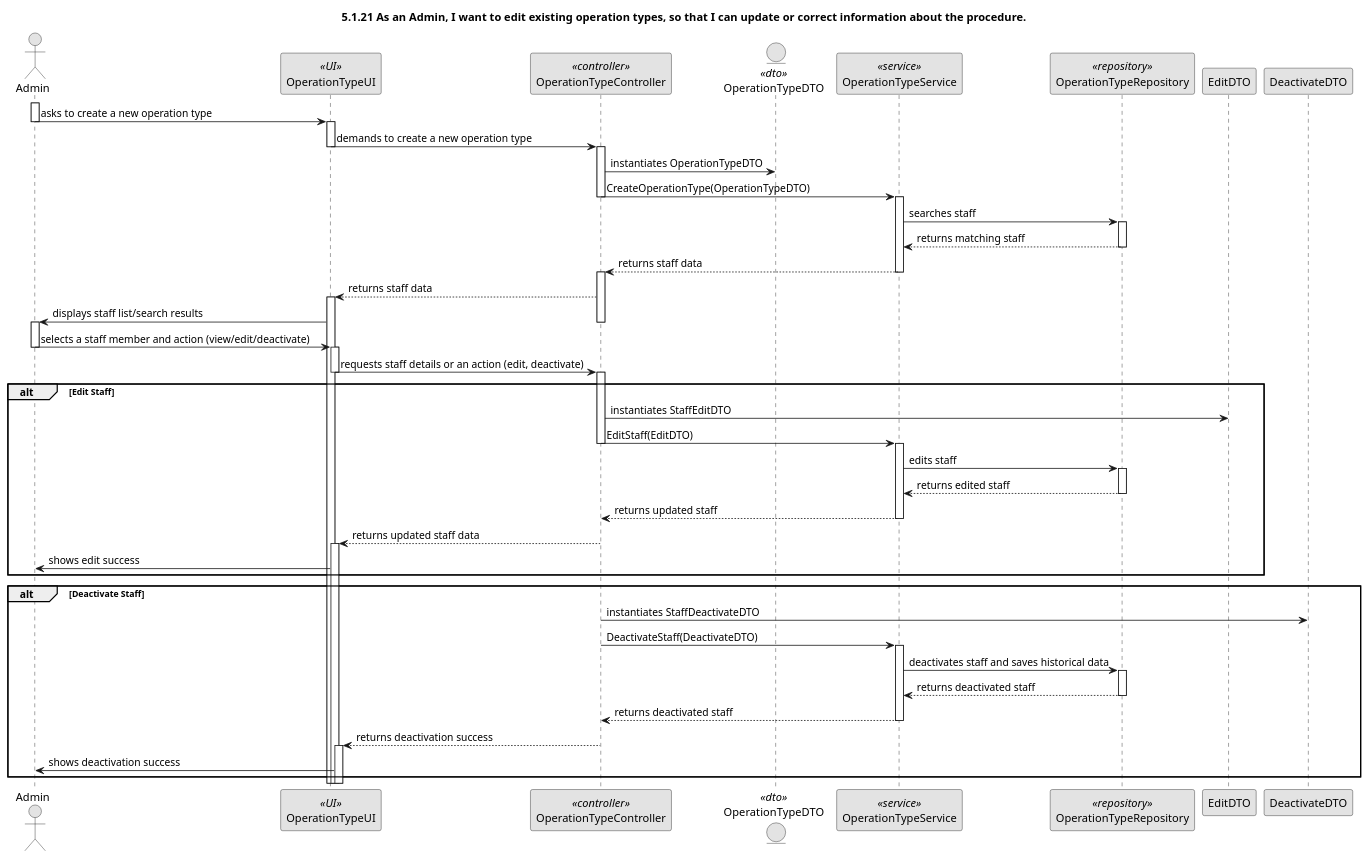
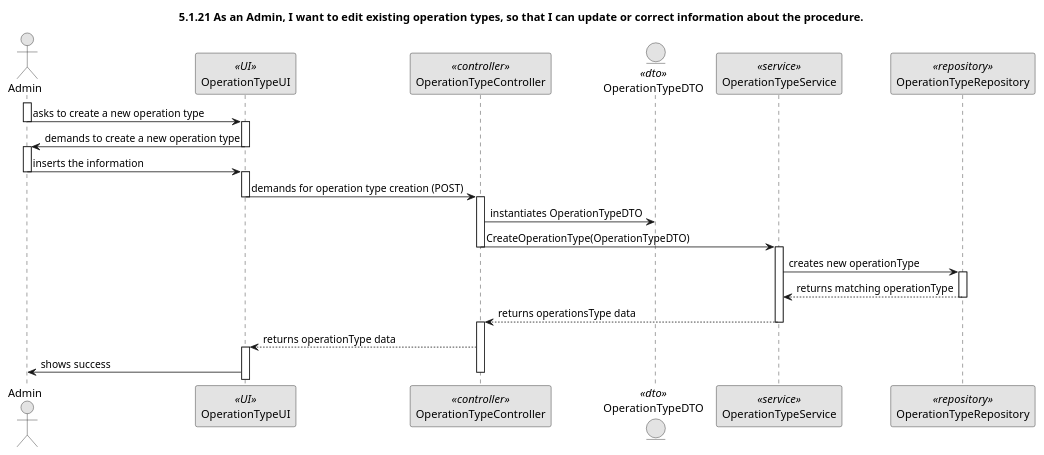
One commit to Educ00/Sem5Pi2425 changed the diagram in Docs/1211846/US5_1_20/us5_1_20_sd.puml. Above: the diagram before and after it, drawn with PlantUML. The commit also changed 18 other files, not shown here.

```diff
--- a/Docs/1211846/US5_1_20/us5_1_20_sd.puml
+++ b/Docs/1211846/US5_1_20/us5_1_20_sd.puml
@@ -1,81 +1,46 @@
 @startuml
 skinparam monochrome true
 skinparam packageStyle rectangle
 skinparam shadowing false
 
 title 5.1.21 As an Admin, I want to edit existing operation types, so that I can update or correct information about the procedure.
 
 actor "Admin" as Admin
 participant "OperationTypeUI" as UI <<UI>>
 participant "OperationTypeController" as Controller <<controller>>
 entity "OperationTypeDTO" as OperationTypeDTO <<dto>>
 participant "OperationTypeService" as Service <<service>>
 participant "OperationTypeRepository" as Repo <<repository>>
 
 activate Admin
     Admin -> UI : asks to create a new operation type
     deactivate Admin
     activate UI
-            UI -> Controller: demands to create a new operation type
+            UI -> Admin: demands to create a new operation type
+    deactivate UI
+    activate Admin
+        Admin -> UI : inserts the information
+        deactivate Admin
+    activate UI
+    UI -> Controller: demands for operation type creation (POST)
     deactivate UI
     activate Controller
         Controller -> OperationTypeDTO: instantiates OperationTypeDTO
         Controller -> Service: CreateOperationType(OperationTypeDTO)
         deactivate Controller
         activate Service
-            Service -> Repo: searches staff
+            Service -> Repo: creates new operationType
             activate Repo
-            Repo --> Service: returns matching staff
+            Repo --> Service: returns matching operationType
             deactivate Repo
-        Service --> Controller: returns staff data
+        Service --> Controller: returns operationsType data
         deactivate Service
         activate Controller
         
-Controller --> UI: returns staff data
+Controller --> UI: returns operationType data
 activate UI
-UI->Admin : displays staff list/search results
+UI->Admin : shows success
 deactivate Controller
 
-activate Admin
-    Admin -> UI : selects a staff member and action (view/edit/deactivate)
-    deactivate Admin
-    activate UI
-UI -> Controller: requests staff details or an action (edit, deactivate)
-deactivate UI
-activate Controller
-
-alt Edit Staff
-    Controller -> EditDTO: instantiates StaffEditDTO
-    Controller -> Service: EditStaff(EditDTO)
-    deactivate Controller
-    activate Service
-        Service -> Repo: edits staff
-        activate Repo
-        Repo --> Service: returns edited staff
-        deactivate Repo
-        Service --> Controller: returns updated staff
-        deactivate Service
-    Controller --> UI: returns updated staff data
-    activate UI
-    UI->Admin : shows edit success
-    deactivate Controller
-end
-
-alt Deactivate Staff
-    Controller -> DeactivateDTO: instantiates StaffDeactivateDTO
-    Controller -> Service: DeactivateStaff(DeactivateDTO)
-    deactivate Controller
-    activate Service
-        Service -> Repo: deactivates staff and saves historical data
-        activate Repo
-        Repo --> Service: returns deactivated staff
-        deactivate Repo
-        Service --> Controller: returns deactivated staff
-        deactivate Service
-    Controller --> UI: returns deactivation success
-    activate UI
-    UI->Admin : shows deactivation success
-    deactivate Controller
-end
 
 @enduml
```
